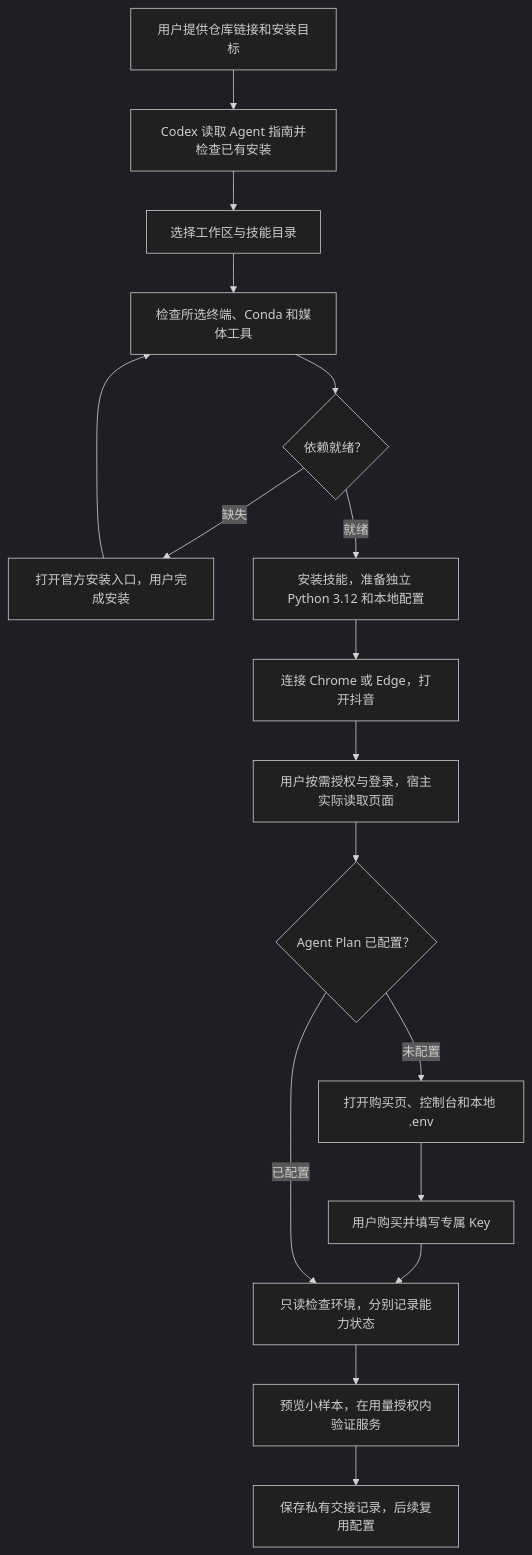
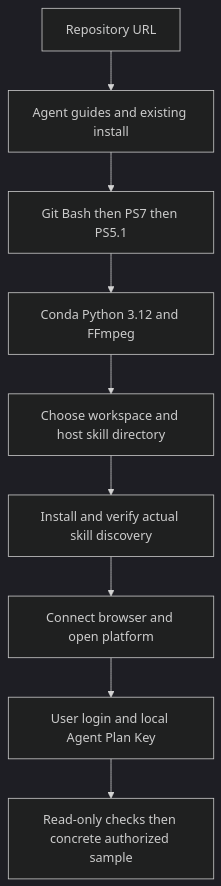
Before and after one commit to HNNUYUXUAN/douyin-agent: the first of 5 diagrams in README.md, drawn with Mermaid (dark theme). The commit also changed other lines of this file and 61 other files, not shown here.

````diff
--- a/README.md
+++ b/README.md
@@ -72,19 +25,11 @@
 ```mermaid
 flowchart TD
-  A["用户提供仓库链接和安装目标"] --> B["Codex 读取 Agent 指南并检查已有安装"]
-  B --> C["选择工作区与技能目录"]
-  C --> D["检查所选终端、Conda 和媒体工具"]
-  D --> E{"依赖就绪？"}
-  E -->|缺失| F["打开官方安装入口，用户完成安装"]
-  F --> D
-  E -->|就绪| G["安装技能，准备独立 Python 3.12 和本地配置"]
-  G --> H["连接 Chrome 或 Edge，打开抖音"]
-  H --> I["用户按需授权与登录，宿主实际读取页面"]
-  I --> J{"Agent Plan 已配置？"}
-  J -->|未配置| K["打开购买页、控制台和本地 .env"]
-  K --> L["用户购买并填写专属 Key"]
-  L --> M["只读检查环境，分别记录能力状态"]
-  J -->|已配置| M
-  M --> N["预览小样本，在用量授权内验证服务"]
-  N --> O["保存私有交接记录，后续复用配置"]
+A[Repository URL] --> B[Agent guides and existing install]
+B --> C[Git Bash then PS7 then PS5.1]
+C --> D[Conda Python 3.12 and FFmpeg]
+D --> E[Choose workspace and host skill directory]
+E --> F[Install and verify actual skill discovery]
+F --> G[Connect browser and open platform]
+G --> H[User login and local Agent Plan Key]
+H --> I[Read-only checks then concrete authorized sample]
 ```
````
